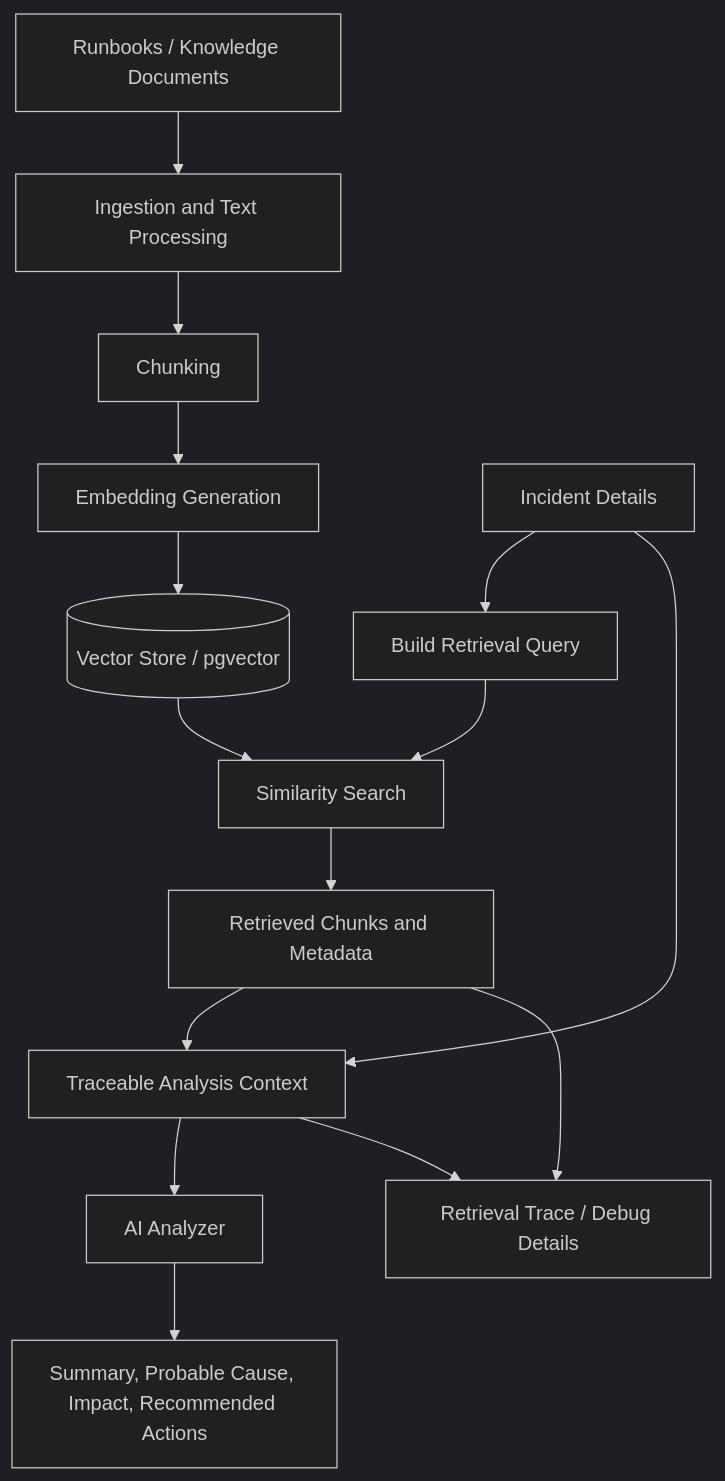
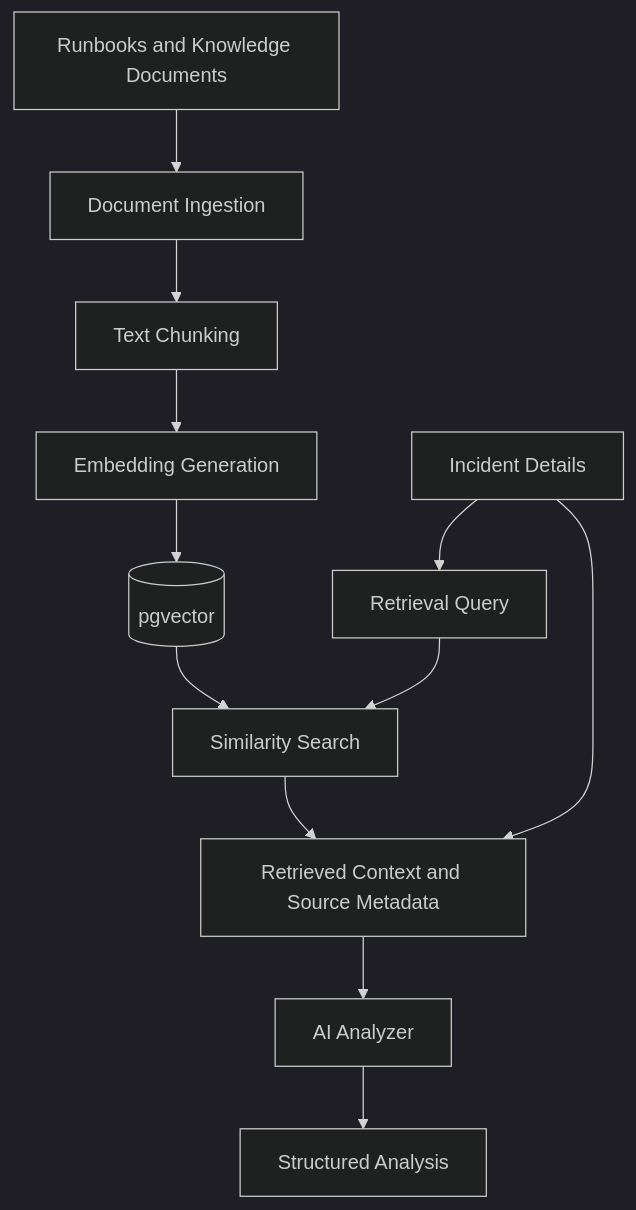
Before and after one commit to frankierosa/ai-incident-response-platform: the second of 3 diagrams in README.md, drawn with Mermaid (dark theme). The commit also changed other lines of this file, not shown here.

First line of the commit message:
Revise README for clarity and additional details

````diff
--- a/README.md
+++ b/README.md
@@ -122,17 +122,14 @@
 ```mermaid
 flowchart TD
-    Docs[Runbooks / Knowledge Documents] --> Ingest[Ingestion and Text Processing]
-    Ingest --> Chunks[Chunking]
-    Chunks --> Embed[Embedding Generation]
-    Embed --> Vector[(Vector Store / pgvector)]
-    Incident[Incident Details] --> Query[Build Retrieval Query]
+    Docs[Runbooks and Knowledge Documents] --> Ingest[Document Ingestion]
+    Ingest --> Chunks[Text Chunking]
+    Chunks --> Embeddings[Embedding Generation]
+    Embeddings --> Vector[(pgvector)]
+    Incident[Incident Details] --> Query[Retrieval Query]
     Query --> Search[Similarity Search]
     Vector --> Search
-    Search --> Evidence[Retrieved Chunks and Metadata]
-    Evidence --> Context[Traceable Analysis Context]
+    Search --> Context[Retrieved Context and Source Metadata]
     Incident --> Context
-    Context --> LLM[AI Analyzer]
-    LLM --> Result[Summary, Probable Cause, Impact, Recommended Actions]
-    Evidence --> Audit[Retrieval Trace / Debug Details]
-    Context --> Audit
+    Context --> Analyzer[AI Analyzer]
+    Analyzer --> Result[Structured Analysis]
 ```
````
